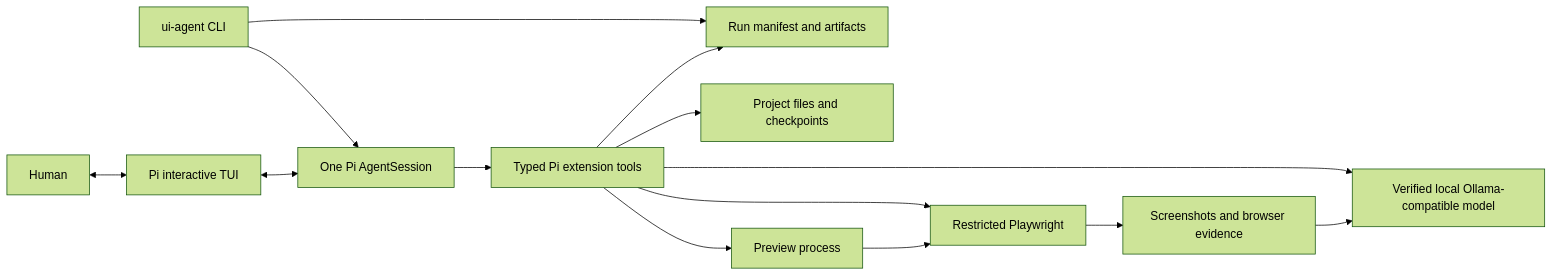
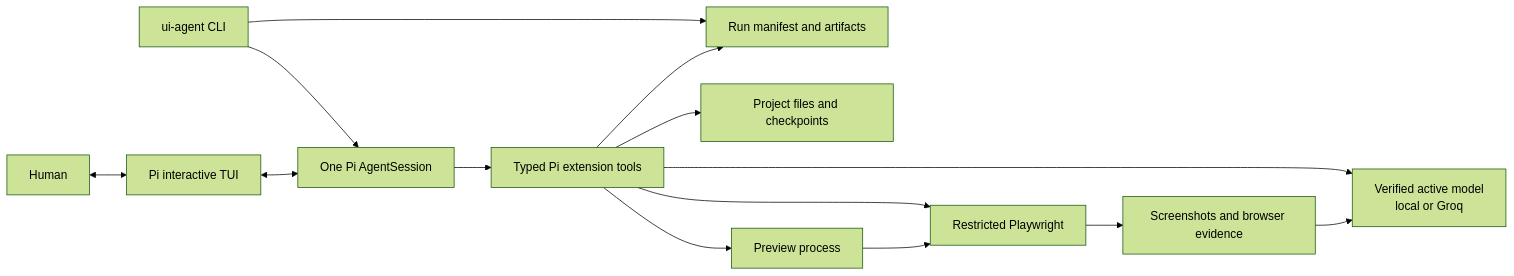
The first of 3 diagrams in docs/architecture.md (yashvardhan-unlimited/UI-Recreation-Agent), drawn with Mermaid (forest theme) before and after one commit. The commit also changed other lines of this file and 51 other files, not shown here.

````diff
--- a/docs/architecture.md
+++ b/docs/architecture.md
@@ -9,16 +9,16 @@
 ```mermaid
 flowchart LR
   U[Human] <--> T[Pi interactive TUI]
   C[ui-agent CLI] --> R[Run manifest and artifacts]
   C --> P[One Pi AgentSession]
   T <--> P
   P --> X[Typed Pi extension tools]
   X --> F[Project files and checkpoints]
   X --> V[Preview process]
   X --> B[Restricted Playwright]
-  X --> M[Verified local Ollama-compatible model]
+  X --> M[Verified active model<br/>local or Groq]
   V --> B
   B --> A[Screenshots and browser evidence]
   A --> M
   X --> R
 ```
````
